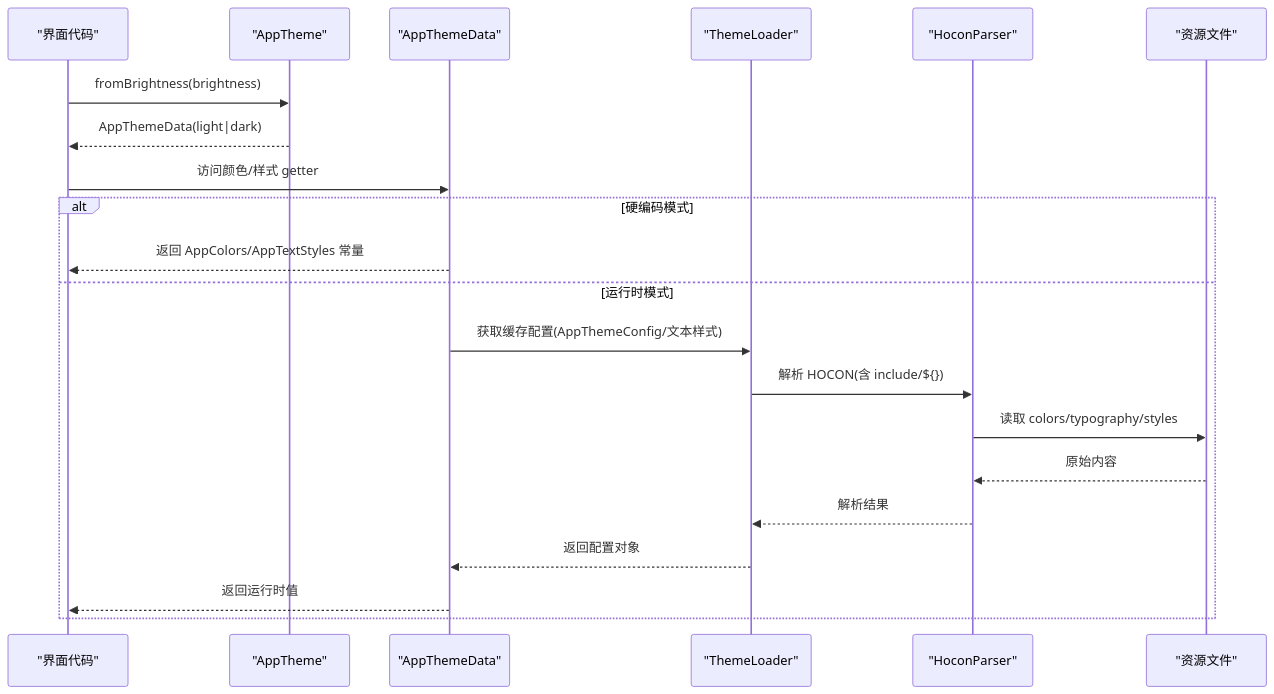
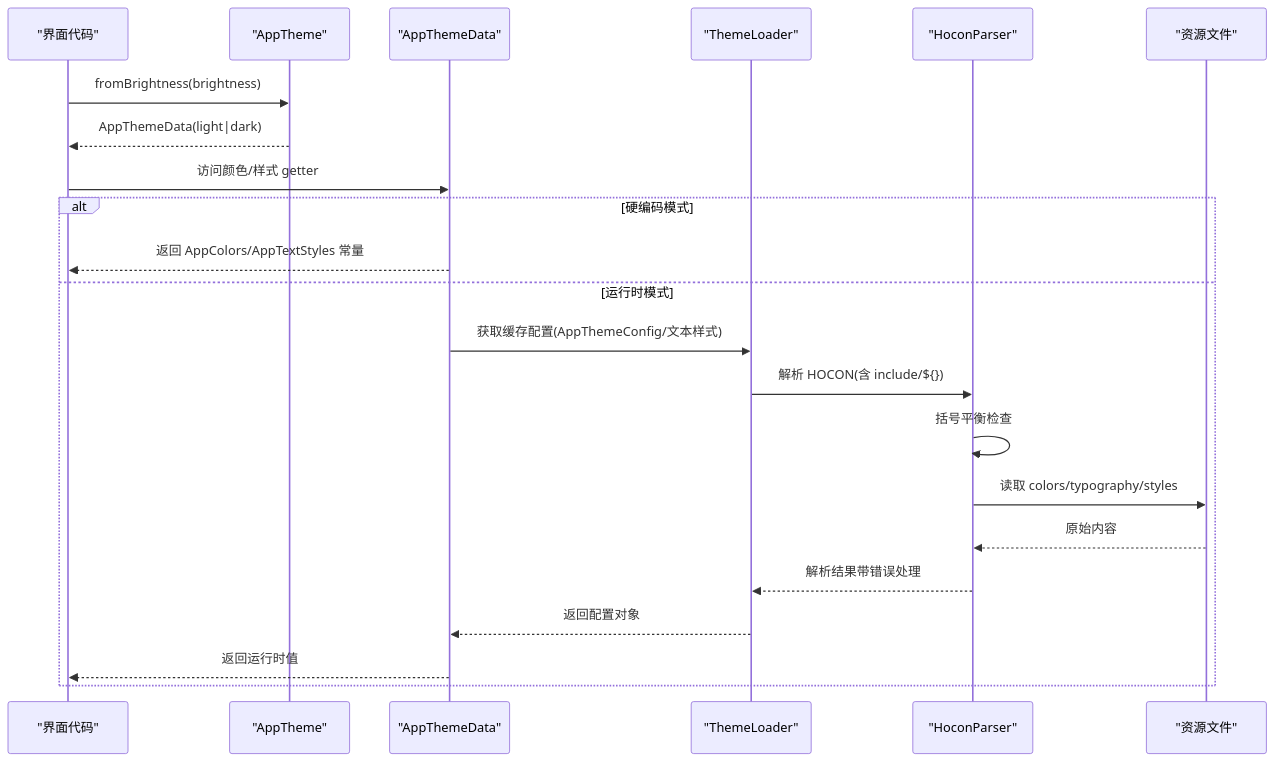
Before and after one commit to ZTfer/Tinycast: the second of 8 diagrams in .qoder/repowiki/zh/content/UI 组件架构/主题系统.md, drawn with Mermaid. The commit also changed other lines of this file and 4 other files, not shown here.

````diff
--- a/.qoder/repowiki/zh/content/UI 组件架构/主题系统.md
+++ b/.qoder/repowiki/zh/content/UI 组件架构/主题系统.md
@@ -109,23 +139,24 @@
 ```mermaid
 sequenceDiagram
 participant UI as "界面代码"
 participant AT as "AppTheme"
 participant AD as "AppThemeData"
 participant TL as "ThemeLoader"
 participant HP as "HoconParser"
 participant FS as "资源文件"
 UI->>AT : fromBrightness(brightness)
 AT-->>UI : AppThemeData(light|dark)
 UI->>AD : 访问颜色/样式 getter
 alt 硬编码模式
 AD-->>UI : 返回 AppColors/AppTextStyles 常量
 else 运行时模式
 AD->>TL : 获取缓存配置(AppThemeConfig/文本样式)
 TL->>HP : 解析 HOCON(含 include/${})
+HP->>HP : 括号平衡检查
 HP->>FS : 读取 colors/typography/styles
 FS-->>HP : 原始内容
-HP-->>TL : 解析结果
+HP-->>TL : 解析结果带错误处理
 TL-->>AD : 返回配置对象
 AD-->>UI : 返回运行时值
 end
 ```
````
